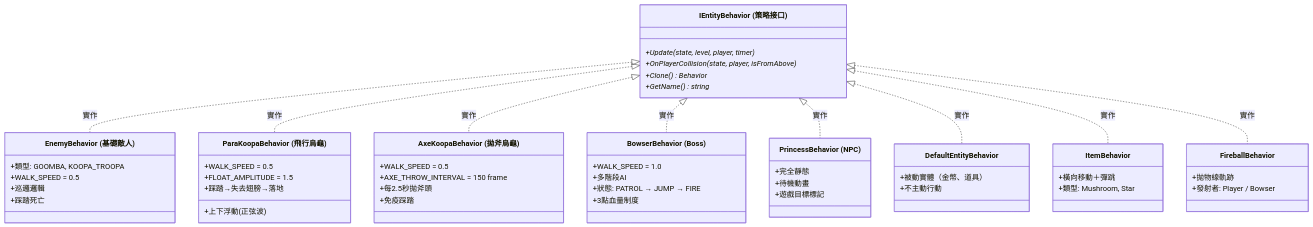
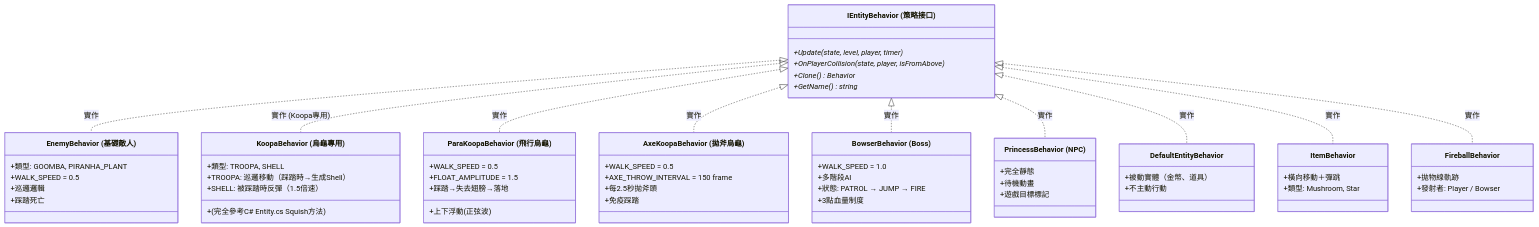
The third of 17 diagrams in Constructure.md (Andy87877/NTUT_OOPL_mario), drawn with Mermaid before and after one commit. The commit also changed other lines of this file and 61 other files, not shown here.

````diff
--- a/Constructure.md
+++ b/Constructure.md
@@ -129,70 +129,78 @@
 ```mermaid
 classDiagram
     direction TB
 
     class IEntityBehavior["IEntityBehavior (策略接口)"] {
         +Update(state, level, player, timer)*
         +OnPlayerCollision(state, player, isFromAbove)*
         +Clone() Behavior*
         +GetName() string*
     }
 
     class EnemyBehavior["EnemyBehavior (基礎敵人)"] {
-        +類型: GOOMBA, KOOPA_TROOPA
+        +類型: GOOMBA, PIRANHA_PLANT
         +WALK_SPEED = 0.5
         +巡邏邏輯
         +踩踏死亡
+    }
+
+    class KoopaBehavior["KoopaBehavior (烏龜專用)"] {
+        +類型: TROOPA, SHELL
+        +TROOPA: 巡邏移動（踩踏時→生成Shell）
+        +SHELL: 被踩踏時反彈（1.5倍速）
+        +(完全參考C# Entity.cs Squish方法)
     }
 
     class ParaKoopaBehavior["ParaKoopaBehavior (飛行烏龜)"] {
         +WALK_SPEED = 0.5
         +FLOAT_AMPLITUDE = 1.5
         +上下浮動 (正弦波)
         +踩踏→失去翅膀→落地
     }
 
     class AxeKoopaBehavior["AxeKoopaBehavior (拋斧烏龜)"] {
         +WALK_SPEED = 0.5
         +AXE_THROW_INTERVAL = 150 frame
         +每2.5秒拋斧頭
         +免疫踩踏
     }
 
     class BowserBehavior["BowserBehavior (Boss)"] {
         +WALK_SPEED = 1.0
         +多階段AI
         +狀態: PATROL → JUMP → FIRE
         +3點血量制度
     }
 
     class PrincessBehavior["PrincessBehavior (NPC)"] {
         +完全靜態
         +待機動畫
         +遊戲目標標記
     }
 
     class DefaultEntityBehavior["DefaultEntityBehavior"] {
         +被動實體（金幣、道具）
         +不主動行動
     }
 
     class ItemBehavior["ItemBehavior"] {
         +橫向移動＋彈跳
         +類型: Mushroom, Star
     }
 
     class FireballBehavior["FireballBehavior"] {
         +拋物線軌跡
         +發射者: Player / Bowser
     }
 
     %% 策略模式實現
     IEntityBehavior <|.. EnemyBehavior : 實作
+    IEntityBehavior <|.. KoopaBehavior : 實作 (Koopa專用)
     IEntityBehavior <|.. ParaKoopaBehavior : 實作
     IEntityBehavior <|.. AxeKoopaBehavior : 實作
     IEntityBehavior <|.. BowserBehavior : 實作
     IEntityBehavior <|.. PrincessBehavior : 實作
     IEntityBehavior <|.. DefaultEntityBehavior : 實作
     IEntityBehavior <|.. ItemBehavior : 實作
     IEntityBehavior <|.. FireballBehavior : 實作
 ```
````
